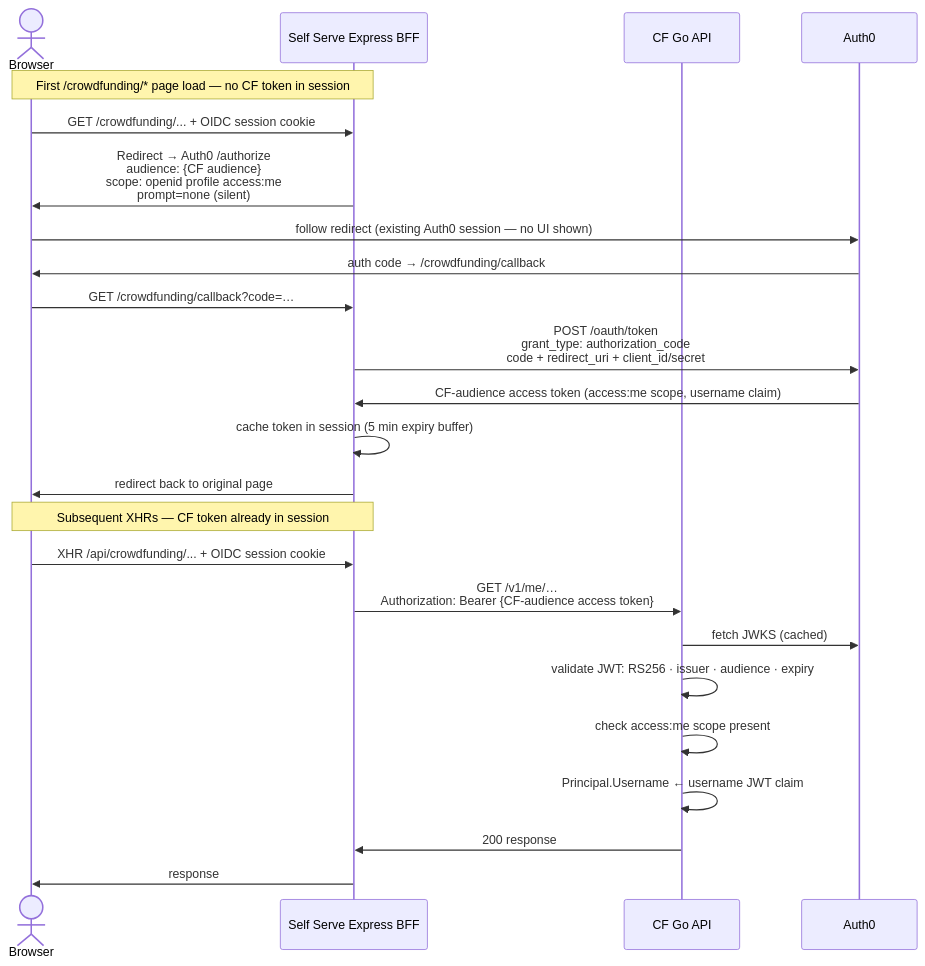
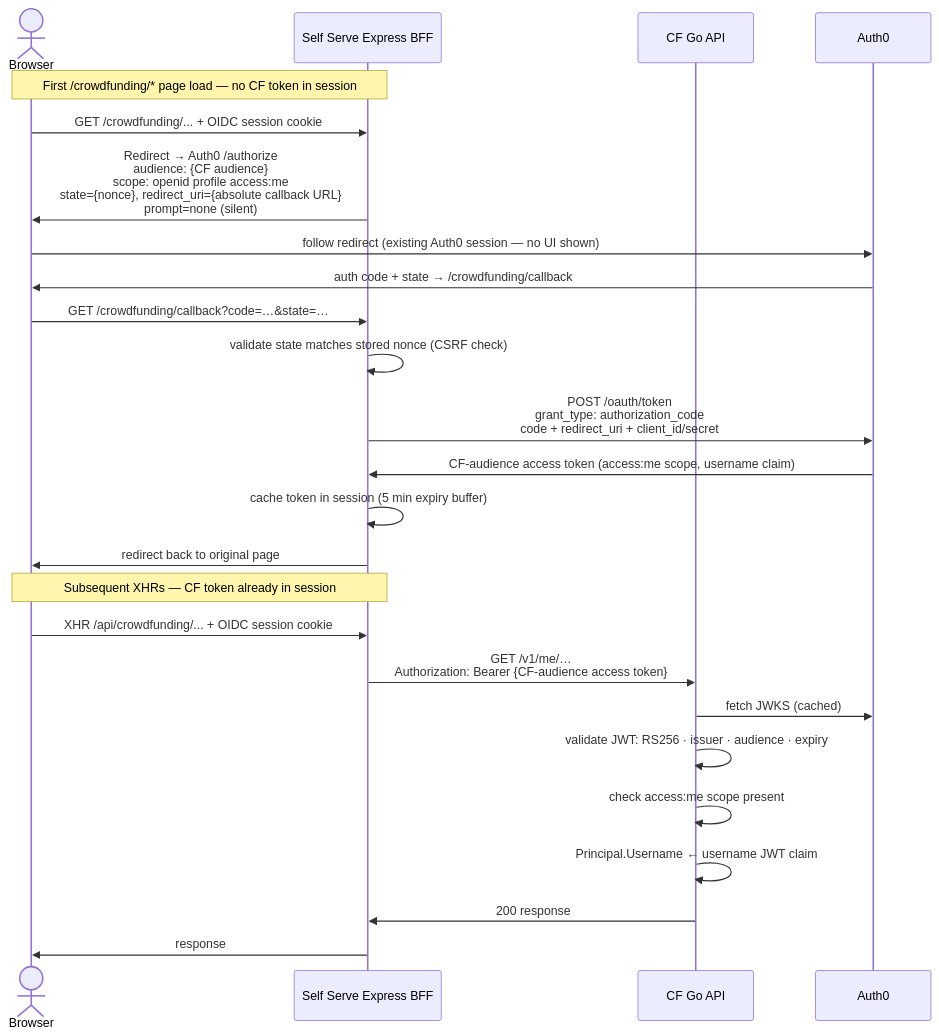
One commit to linuxfoundation/lfx-crowdfunding changed the fifth of 8 diagrams in backend/docs/rewrite/09-authentication-architecture.md. Above: the diagram before and after it, drawn with Mermaid. The commit also changed other lines of this file and 1 other file, not shown here.

Commit message:
docs: add state param to Flow 2 and fix SS config column header
Address copilot-pull-request-reviewer comments on PR #129:

- 08 + 09: add OAuth2 state parameter to the second auth-code flow
  (doc 08 steps and doc 09 mermaid diagram) — state is the CSRF nonce
  and its omission was misleading given Flow 1 shows it explicitly
- 09: rename SS config table column from "Dev value" to "Example value
  (staging)" — examples shown are staging values, not dev defaults

````diff
--- a/backend/docs/rewrite/09-authentication-architecture.md
+++ b/backend/docs/rewrite/09-authentication-architecture.md
@@ -214,28 +214,29 @@
 ```mermaid
 sequenceDiagram
     actor User as Browser
     participant SSBFF as Self Serve Express BFF
     participant API as CF Go API
     participant Auth0
 
     Note over User,SSBFF: First /crowdfunding/* page load — no CF token in session
     User->>SSBFF: GET /crowdfunding/... + OIDC session cookie
-    SSBFF->>User: Redirect → Auth0 /authorize<br/>audience: {CF audience}<br/>scope: openid profile access:me<br/>prompt=none (silent)
+    SSBFF->>User: Redirect → Auth0 /authorize<br/>audience: {CF audience}<br/>scope: openid profile access:me<br/>state={nonce}, redirect_uri={absolute callback URL}<br/>prompt=none (silent)
     User->>Auth0: follow redirect (existing Auth0 session — no UI shown)
-    Auth0->>User: auth code → /crowdfunding/callback
-    User->>SSBFF: GET /crowdfunding/callback?code=…
+    Auth0->>User: auth code + state → /crowdfunding/callback
+    User->>SSBFF: GET /crowdfunding/callback?code=…&state=…
+    SSBFF->>SSBFF: validate state matches stored nonce (CSRF check)
     SSBFF->>Auth0: POST /oauth/token<br/>grant_type: authorization_code<br/>code + redirect_uri + client_id/secret
     Auth0->>SSBFF: CF-audience access token (access:me scope, username claim)
     SSBFF->>SSBFF: cache token in session (5 min expiry buffer)
     SSBFF->>User: redirect back to original page
 
     Note over User,SSBFF: Subsequent XHRs — CF token already in session
     User->>SSBFF: XHR /api/crowdfunding/... + OIDC session cookie
     SSBFF->>API: GET /v1/me/…<br/>Authorization: Bearer {CF-audience access token}
     API->>Auth0: fetch JWKS (cached)
     API->>API: validate JWT: RS256 · issuer · audience · expiry
     API->>API: check access:me scope present
     API->>API: Principal.Username ← username JWT claim
     API->>SSBFF: 200 response
     SSBFF->>User: response
 ```
````
